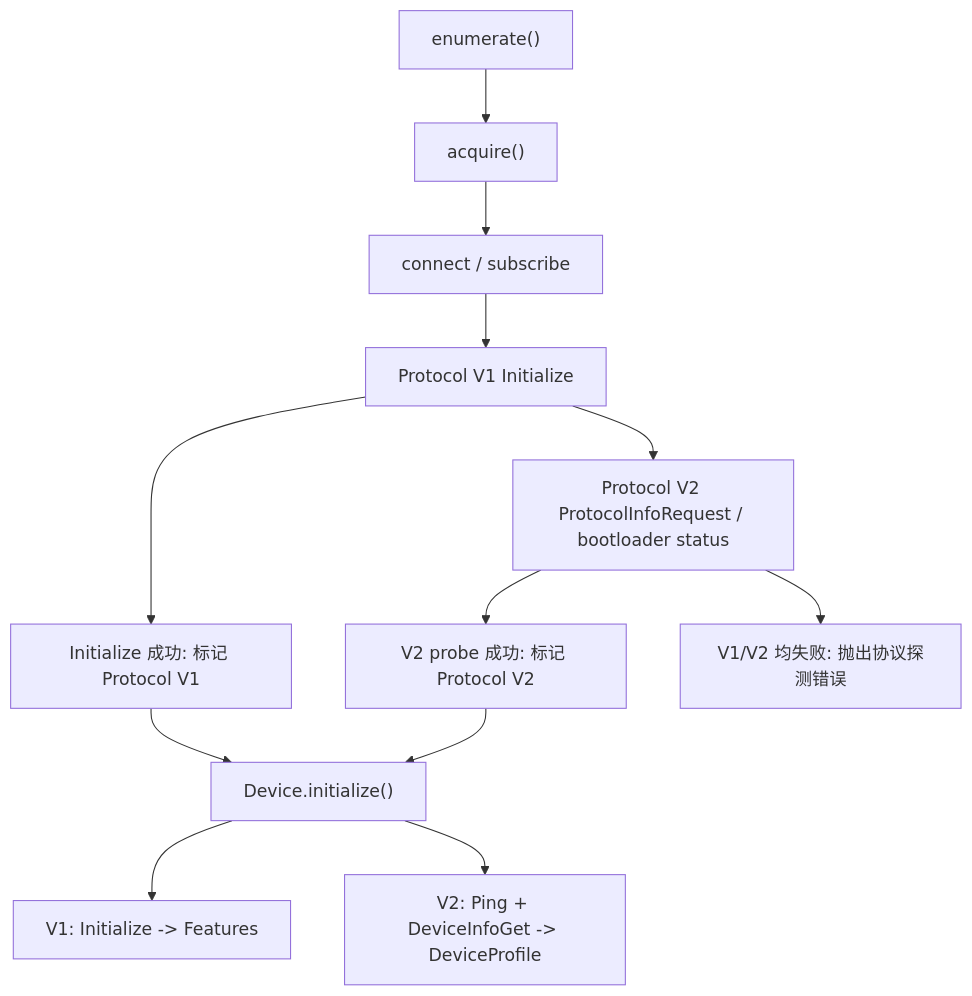
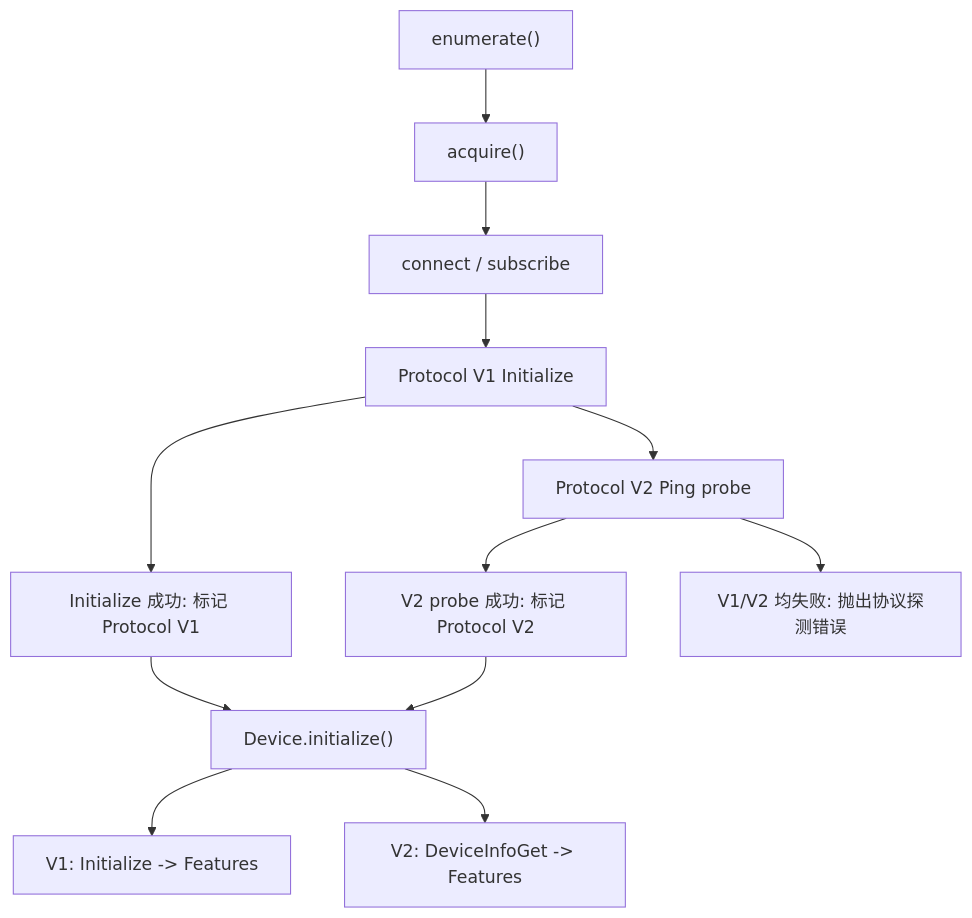
Before and after one commit to OneKeyHQ/hardware-js-sdk: the second of 3 diagrams in docs/architecture/overview.md, drawn with Mermaid. The commit also changed other lines of this file and 135 other files, not shown here.

````diff
--- a/docs/architecture/overview.md
+++ b/docs/architecture/overview.md
@@ -74,22 +78,22 @@
 ```mermaid
 flowchart TD
   Enumerate["enumerate()"]
   Acquire["acquire()"]
   Connect["connect / subscribe"]
   ProbeV1["Protocol V1 Initialize"]
   V1["Initialize 成功: 标记 Protocol V1"]
-  ProbeV2["Protocol V2 ProtocolInfoRequest / bootloader status"]
+  ProbeV2["Protocol V2 Ping probe"]
   V2["V2 probe 成功: 标记 Protocol V2"]
   DetectionError["V1/V2 均失败: 抛出协议探测错误"]
   Init["Device.initialize()"]
   InitV1["V1: Initialize -> Features"]
-  InitV2["V2: Ping + DeviceInfoGet -> DeviceProfile"]
+  InitV2["V2: DeviceInfoGet -> Features"]
 
   Enumerate --> Acquire --> Connect --> ProbeV1
   ProbeV1 --> V1 --> Init
   ProbeV1 --> ProbeV2
   ProbeV2 --> V2 --> Init
   ProbeV2 --> DetectionError
   Init --> InitV1
   Init --> InitV2
 ```
````
